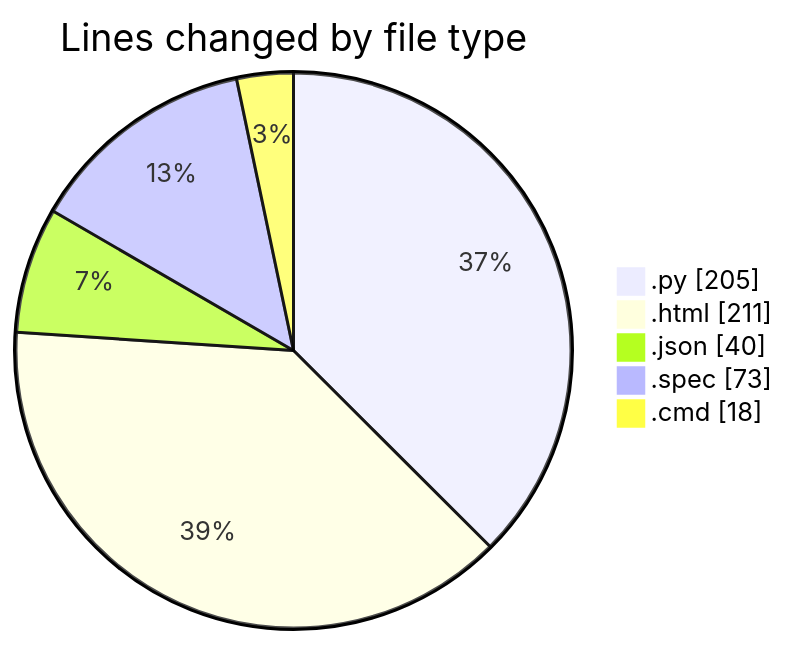
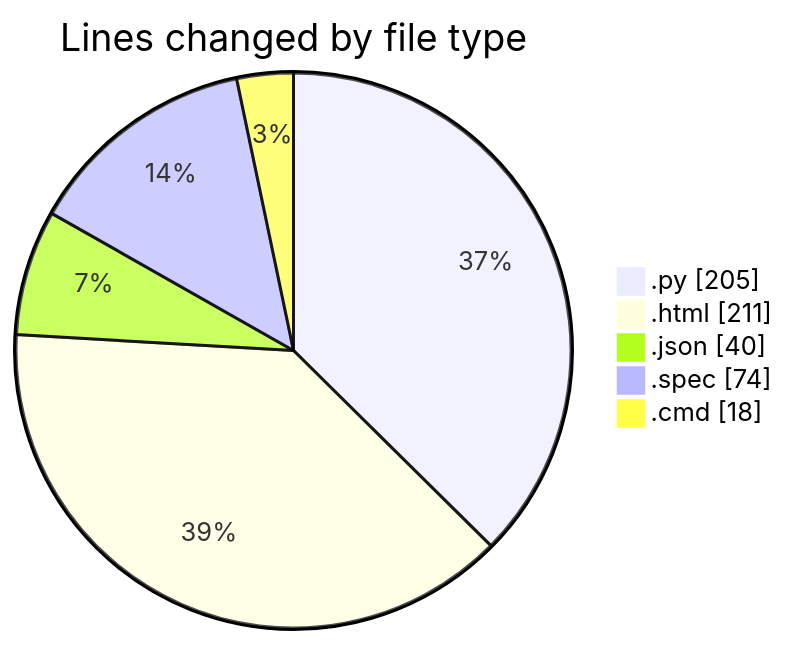
One commit to FelipKnott/code-tracking changed the first of 2 diagrams in 2025-07-12/cursor/README.md. Above: the diagram before and after it, drawn with Mermaid. The commit also changed other lines of this file and 1 other file, not shown here.

````diff
--- a/2025-07-12/cursor/README.md
+++ b/2025-07-12/cursor/README.md
@@ -25,9 +25,9 @@
 ```mermaid
 pie showData
 title Lines changed by file type
 ".py" : 205
 ".html" : 211
 ".json" : 40
-".spec" : 73
+".spec" : 74
 ".cmd" : 18
 ```
````
